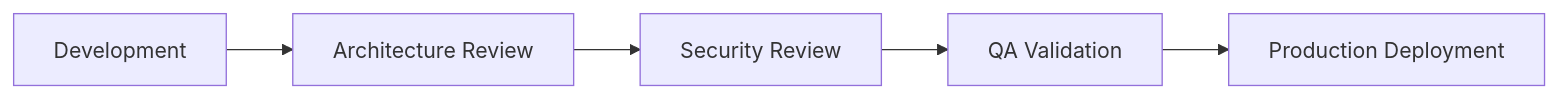
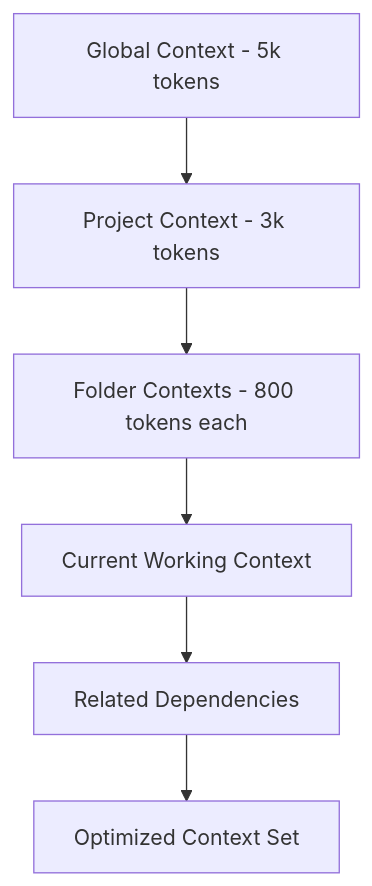
One commit to VAMFI/claude-user-memory changed the second of 2 diagrams in README.md. Above: the diagram before and after it, drawn with Mermaid. The commit also changed other lines of this file, not shown here.

First line of the commit message:
📚 Update README.md with complete Context Engineering documentation

````diff
--- a/README.md
+++ b/README.md
@@ -217,7 +289,8 @@
 ```mermaid
-graph LR
-A[Development] --> B[Architecture Review]
-B --> C[Security Review]
-C --> D[QA Validation]
-D --> E[Production Deployment]
+graph TD
+A[Global Context - 5k tokens] --> B[Project Context - 3k tokens]
+B --> C[Folder Contexts - 800 tokens each]
+C --> D[Current Working Context]
+D --> E[Related Dependencies]
+E --> F[Optimized Context Set]
 ```
````
